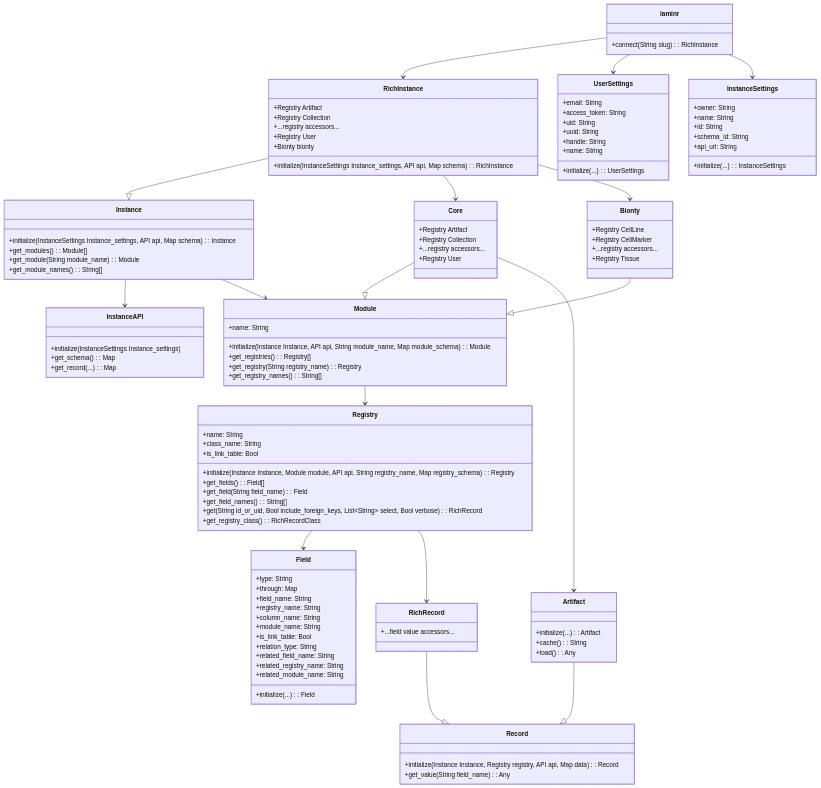
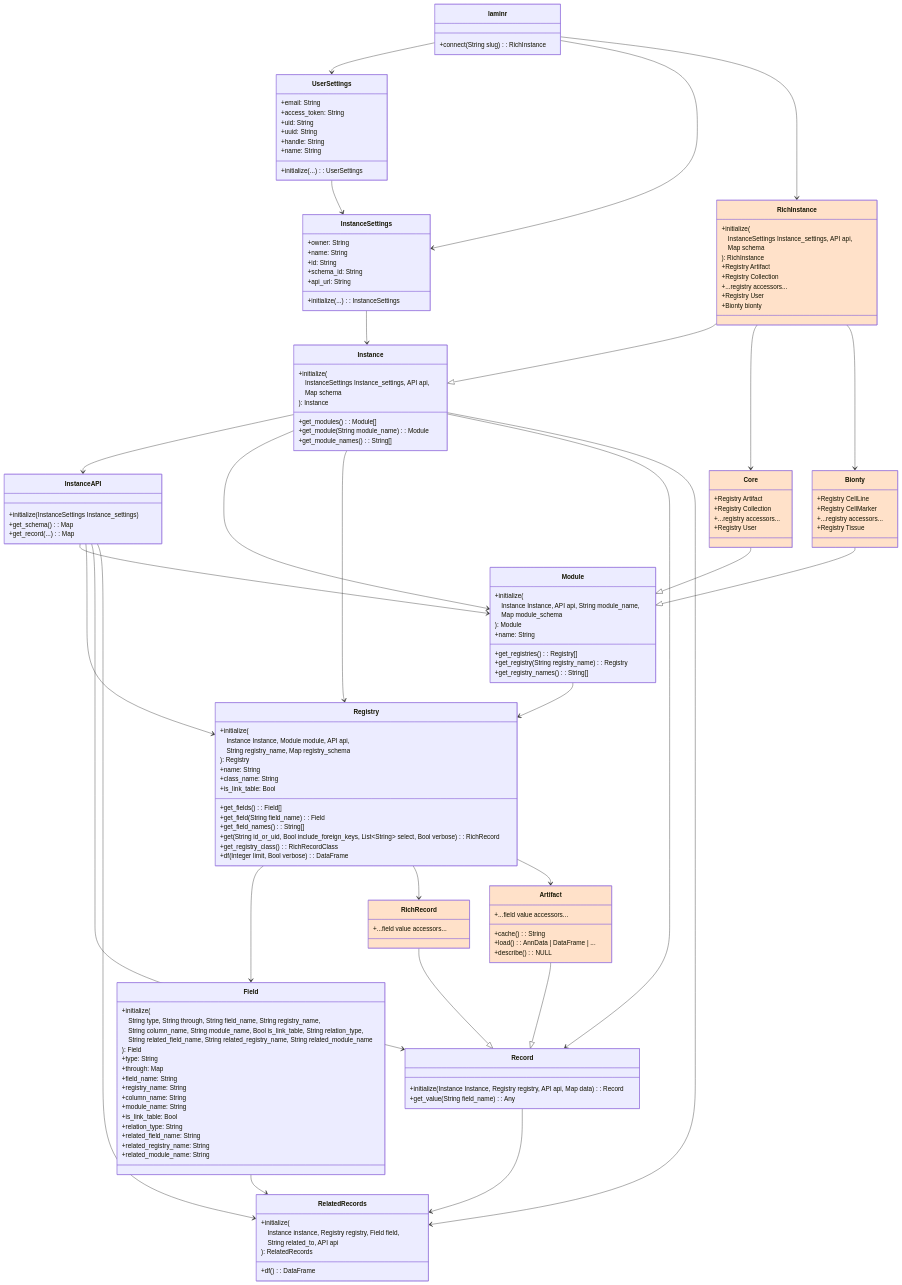
The second of 2 diagrams in vignettes/architecture.qmd (laminlabs/laminr), drawn with Mermaid before and after one commit. The commit also changed other lines of this file and 10 other files, not shown here.

````diff
--- a/vignettes/architecture.qmd
+++ b/vignettes/architecture.qmd
@@ -209,27 +242,43 @@
 ```{mermaid}
 classDiagram
 %% # nolint start
-    laminr --> RichInstance
+    %% --- Copied from base diagram --------------------------------------------
     laminr --> UserSettings
     laminr --> InstanceSettings
-    RichInstance --|> Instance
     Instance --> InstanceAPI
     Instance --> Module
-    Core --|> Module
-    Bionty --|> Module
     Module --> Registry
     Registry --> Field
+    Field --> RelatedRecords
+    Record --> RelatedRecords
+    UserSettings --> InstanceSettings
+    InstanceSettings --> Instance
+    InstanceAPI --> Module
+    Instance --> Registry
+    InstanceAPI --> Registry
+    Instance --> Record
+    InstanceAPI --> Record
+    Instance --> RelatedRecords
+    InstanceAPI --> RelatedRecords
+    %% -------------------------------------------------------------------------
+    
+    %% --- New links for Rich classes ------------------------------------------
+    RichInstance --|> Instance
+    laminr --> RichInstance
+    Core --|> Module
+    RichInstance --> Core
+    Bionty --|> Module
+    RichInstance --> Bionty
     Registry --> RichRecord
+    RichRecord --|> Record
+    Registry --> Artifact
     Artifact --|> Record
-    RichInstance --> Core
-    RichInstance --> Bionty
-    Core --> Artifact
-    RichRecord --|> Record
+    %% -------------------------------------------------------------------------
     
+    %% --- Copied from base diagram --------------------------------------------
     class laminr{
         +connect(String slug): RichInstance
     }
-
     class UserSettings{
         +initialize(...): UserSettings
         +email: String
@@ -239,7 +288,6 @@
         +handle: String
         +name: String
     }
-
     class InstanceSettings{
         +initialize(...): InstanceSettings
         +owner: String
@@ -249,7 +297,10 @@
         +api_url: String
     }
     class Instance{
-        +initialize(InstanceSettings Instance_settings, API api, Map<String, any> schema): Instance
+        +initialize(
+          #emsp;InstanceSettings Instance_settings, API api,
+          #emsp;Map<String, any> schema
+        ): Instance
         +get_modules(): Module[]
         +get_module(String module_name): Module
         +get_module_names(): String[]
@@ -259,35 +310,21 @@
         +get_schema(): Map<String, Any>
         +get_record(...): Map<String, Any>
     }
-    class RichInstance{
-        +initialize(InstanceSettings Instance_settings, API api, Map<String, any> schema): RichInstance
-        +Registry Artifact
-        +Registry Collection
-        +...registry accessors...
-        +Registry User
-        +Bionty bionty
-    }
-    class Core{
-        +Registry Artifact
-        +Registry Collection
-        +...registry accessors...
-        +Registry User
-    }
-    class Bionty{
-        +Registry CellLine
-        +Registry CellMarker
-        +...registry accessors...
-        +Registry Tissue
-    }
     class Module{
-        +initialize(Instance Instance, API api, String module_name, Map<String, any> module_schema): Module
+        +initialize(
+          #emsp;Instance Instance, API api, String module_name,
+          #emsp;Map<String, any> module_schema
+        ): Module
         +name: String
         +get_registries(): Registry[]
         +get_registry(String registry_name): Registry
         +get_registry_names(): String[]
     }
     class Registry{
-        +initialize(Instance Instance, Module module, API api, String registry_name, Map<String, Any> registry_schema): Registry
+        +initialize(
+          #emsp;Instance Instance, Module module, API api,
+          #emsp;String registry_name, Map<String, Any> registry_schema
+        ): Registry
         +name: String
         +class_name: String
         +is_link_table: Bool
@@ -296,14 +333,14 @@
         +get_field_names(): String[]
         +get(String id_or_uid, Bool include_foreign_keys, List~String~ select, Bool verbose): RichRecord
         +get_registry_class(): RichRecordClass
-    }
-    class Artifact{
-        +initialize(...): Artifact
-        +cache(): String
-        +load(): Any
+        +df(Integer limit, Bool verbose): DataFrame
     }
     class Field{
-        +initialize(...): Field
+        +initialize(
+          #emsp;String type, String through, String field_name, String registry_name,
+          #emsp;String column_name, String module_name, Bool is_link_table, String relation_type,
+          #emsp;String related_field_name, String related_registry_name, String related_module_name
+        ): Field
         +type: String
         +through: Map
         +field_name: String
@@ -316,12 +353,57 @@
         +related_registry_name: String
         +related_module_name: String
     }
-    class RichRecord{
-        +...field value accessors...
-    }
     class Record{
         +initialize(Instance Instance, Registry registry, API api, Map<String, Any> data): Record
         +get_value(String field_name): Any
     }
+    class RelatedRecords{
+        +initialize(
+          #emsp;Instance instance, Registry registry, Field field,
+          #emsp;String related_to, API api
+        ): RelatedRecords
+        +df(): DataFrame
+    }
+    %% -------------------------------------------------------------------------
+    
+    %% --- New Rich classes ----------------------------------------------------
+    class RichInstance{
+        +initialize(
+          #emsp;InstanceSettings Instance_settings, API api,
+          #emsp;Map<String, any> schema
+        ): RichInstance
+        +Registry Artifact
+        +Registry Collection
+        +...registry accessors...
+        +Registry User
+        +Bionty bionty
+    }
+    style RichInstance fill:#ffe1c9
+    class Core{
+        +Registry Artifact
+        +Registry Collection
+        +...registry accessors...
+        +Registry User
+    }
+    style Core fill:#ffe1c9
+    class Bionty{
+        +Registry CellLine
+        +Registry CellMarker
+        +...registry accessors...
+        +Registry Tissue
+    }
+    style Bionty fill:#ffe1c9
+    class RichRecord{
+        +...field value accessors...
+    }
+    style RichRecord fill:#ffe1c9
+    class Artifact{
+        +...field value accessors...
+        +cache(): String
+        +load(): AnnData | DataFrame | ...
+        +describe(): NULL
+    }
+    style Artifact fill:#ffe1c9
+    %% -------------------------------------------------------------------------
 %% # nolint end
 ```
````
